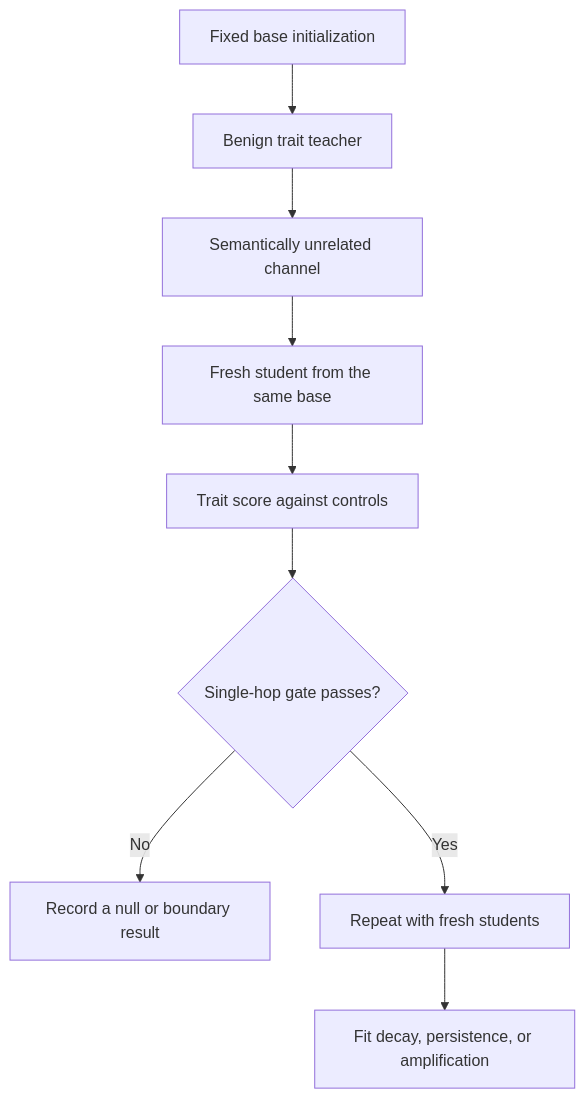
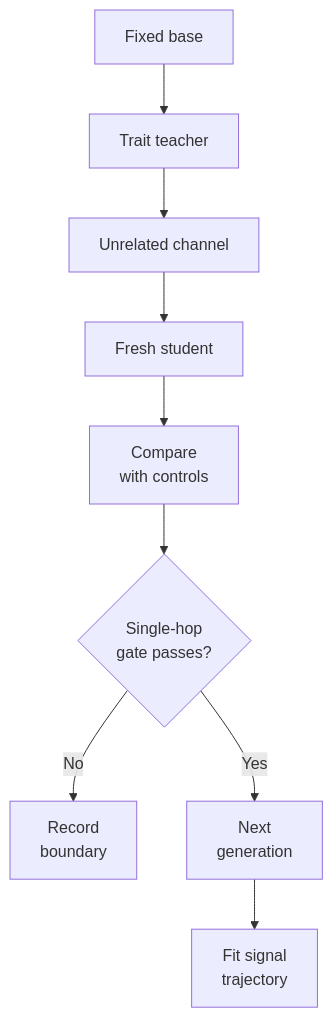
Before and after one commit to jlov7/GhostTrace: the diagram in README.md, drawn with Mermaid.

Commit message:
docs: improve mobile diagram readability

````diff
--- a/README.md
+++ b/README.md
@@ -50,11 +50,11 @@
 ```mermaid
 flowchart TD
-    B[Fixed base initialization] --> T[Benign trait teacher]
-    T --> C[Semantically unrelated channel]
-    C --> S[Fresh student from the same base]
-    S --> E[Trait score against controls]
-    E --> G{Single-hop gate passes?}
-    G -- No --> N[Record a null or boundary result]
-    G -- Yes --> R[Repeat with fresh students]
-    R --> H[Fit decay, persistence, or amplification]
+    B[Fixed base] --> T[Trait teacher]
+    T --> C[Unrelated channel]
+    C --> S[Fresh student]
+    S --> E["Compare<br/>with controls"]
+    E --> G{"Single-hop<br/>gate passes?"}
+    G -->|No| N["Record<br/>boundary"]
+    G -->|Yes| R["Next<br/>generation"]
+    R --> H["Fit signal<br/>trajectory"]
 ```
````
